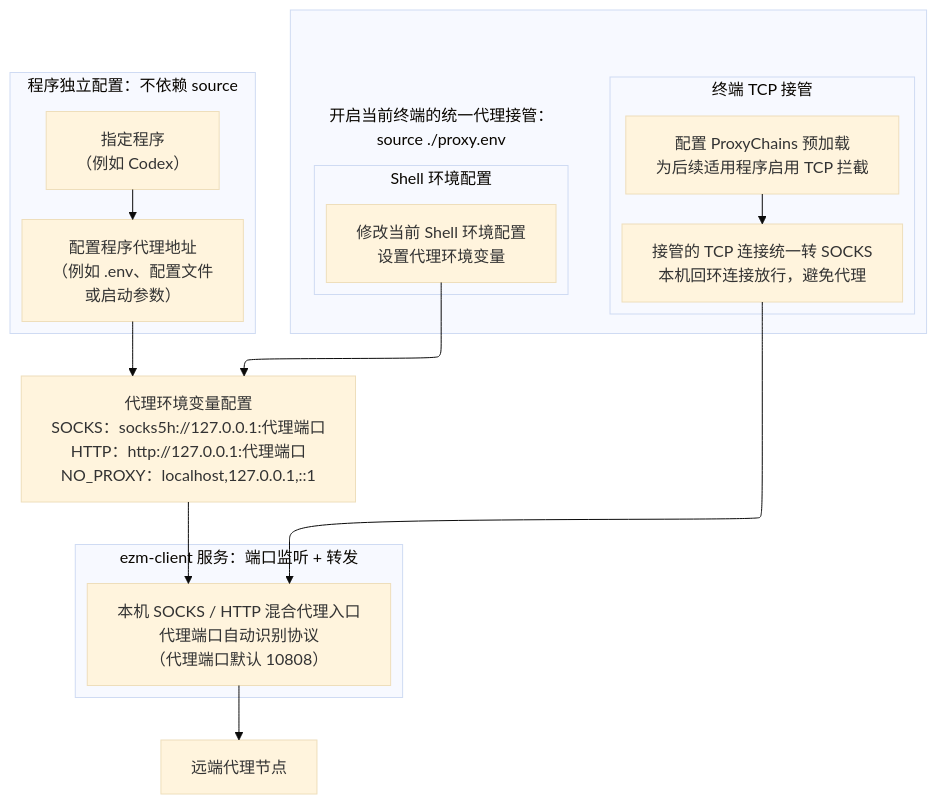
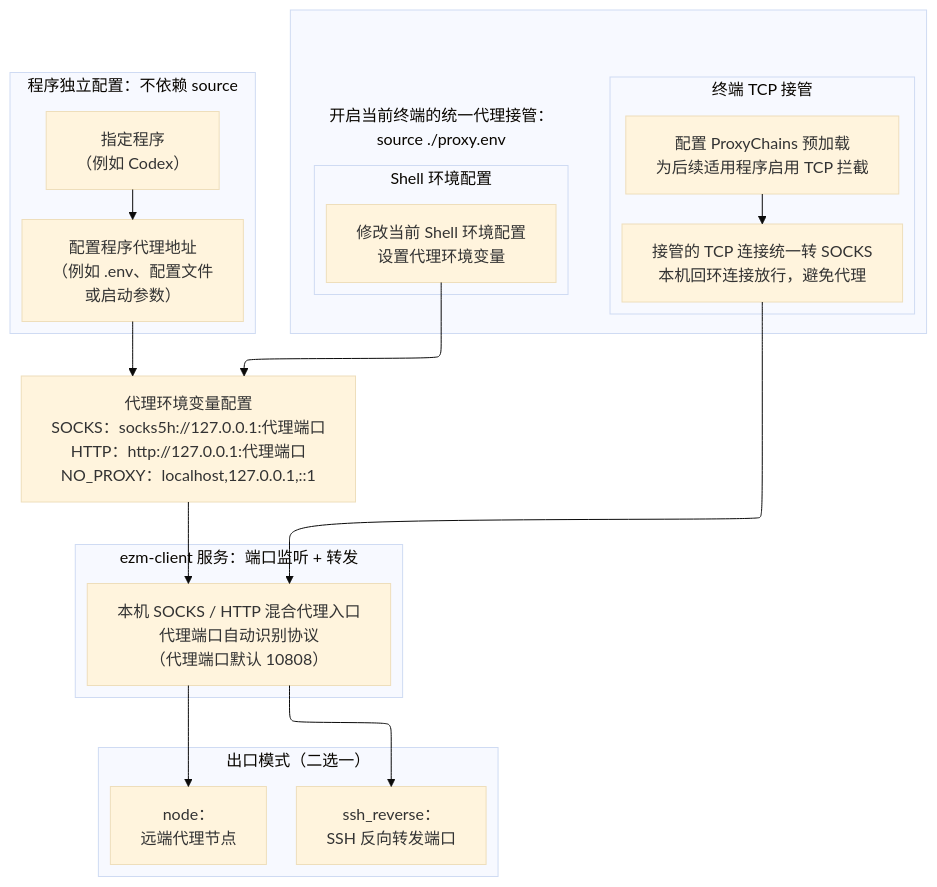
Before and after one commit to NULL-SF/ez-mihomo: the diagram in ezm-client/README.md, drawn with Mermaid (base theme). The commit also changed other lines of this file and 8 other files, not shown here.

Commit message:
Add SSH reverse proxy mode and organize client port configuration

````diff
--- a/ezm-client/README.md
+++ b/ezm-client/README.md
@@ -33,52 +43,57 @@
 ```mermaid
 ---
 config:
   layout: elk
   elk:
     mergeEdges: false
   flowchart:
     wrappingWidth: 420
 ---
 flowchart TB
     subgraph TERMINAL[" "]
         direction LR
 
         subgraph INTERCEPT["终端 TCP 接管"]
             direction TB
             ENABLE["配置 ProxyChains 预加载<br/>为后续适用程序启用 TCP 拦截"]
             PC["接管的 TCP 连接统一转 SOCKS<br/>本机回环连接放行，避免代理"]
             ENABLE --> PC
         end
 
         subgraph SHELL_COLUMN["<div style='text-align:center'>开启当前终端的统一代理接管：<br/>source ./proxy.env</div>"]
             direction TB
 
             subgraph CONFIG["Shell 环境配置"]
                 ENV["修改当前 Shell 环境配置<br/>设置代理环境变量"]
             end
         end
     end
 
     subgraph NATIVE["程序独立配置：不依赖 source"]
         direction TB
         PROGRAM["指定程序<br/>（例如 Codex）"]
         PROGCONFIG["配置程序代理地址<br/>（例如 .env、配置文件<br/>或启动参数）"]
         PROGRAM --> PROGCONFIG
     end
 
     PROXYCONFIG["代理环境变量配置<br/>SOCKS：socks5h://127.0.0.1:代理端口<br/>HTTP：http://127.0.0.1:代理端口<br/>NO_PROXY：localhost,127.0.0.1,::1"]
 
     PROGCONFIG --> PROXYCONFIG
     ENV --> PROXYCONFIG
 
     subgraph MIHOMO["ezm-client 服务：端口监听 + 转发"]
         MIX["本机 SOCKS / HTTP 混合代理入口<br/>代理端口自动识别协议<br/>（代理端口默认 10808）"]
     end
 
     PC --> MIX
     PROXYCONFIG --> MIX
 
-    MIX --> NODE["远端代理节点"]
+    subgraph OUT["出口模式（二选一）"]
+        NODE["node：<br/>远端代理节点"]
+        SSH["ssh_reverse：<br/>SSH 反向转发端口"]
+    end
+    MIX --> NODE
+    MIX --> SSH
 
     style SHELL_COLUMN fill:transparent,stroke:transparent
 ```
````
